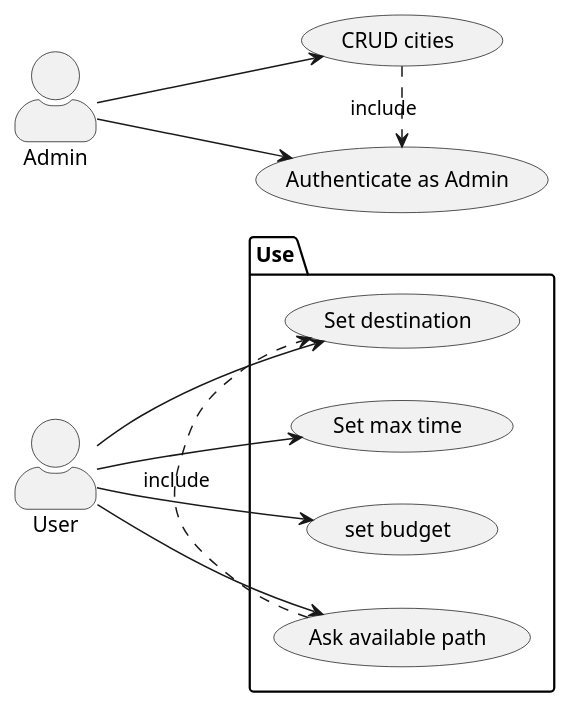
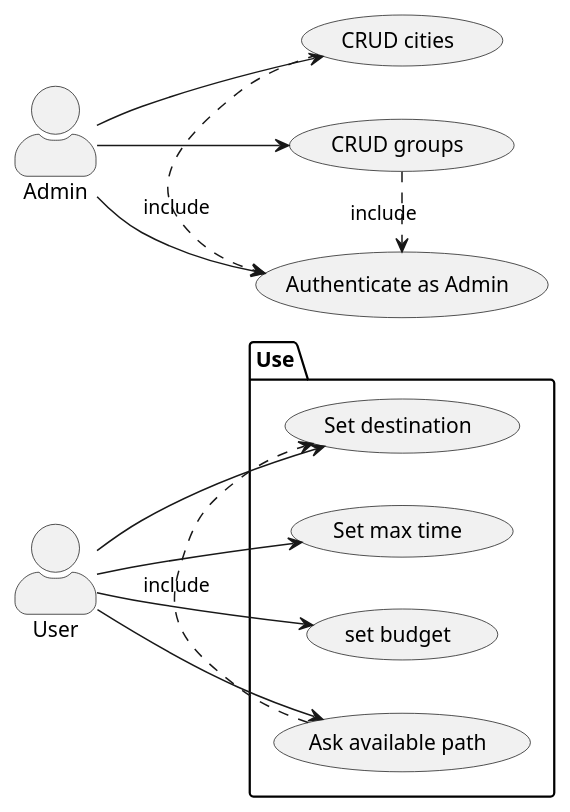
The diagram in uml/use_case.plantuml (Florkin/bus_travel_calculator), drawn with PlantUML before and after one commit. The commit also changed 1 other file, not shown here.

Commit message:
Class diagram On branch design/#1/uml-diagrams

```diff
--- a/uml/use_case.plantuml
+++ b/uml/use_case.plantuml
@@ -1,17 +1,19 @@
 @startuml
 left to right direction
 skinparam actorStyle awesome
 :User:
 :Admin:
 package Use {
-    User --> (Set destination)
     User --> (Set max time)
     User --> (set budget)
     User --> (Ask available path)
+    User --> (Set destination)
     (Ask available path) .> (Set destination) : include
 }
 
 Admin --> (CRUD cities)
+Admin --> (CRUD groups)
 Admin --> (Authenticate as Admin)
 (CRUD cities) .> (Authenticate as Admin) : include
+(CRUD groups) .> (Authenticate as Admin) : include
 @enduml
```
